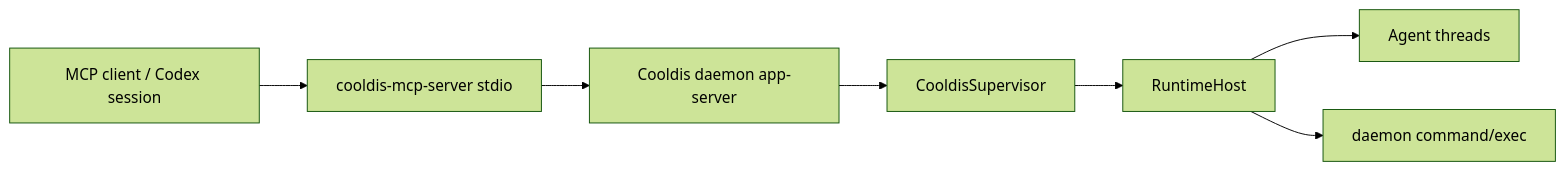
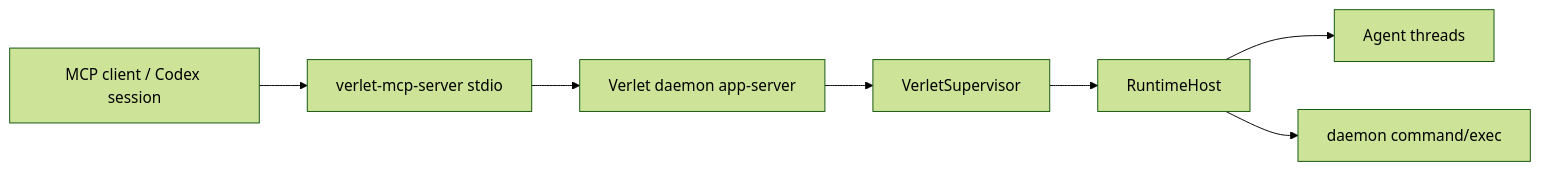
Before and after one commit to emotionscientific/cooldis-kernel: the diagram in docs/mcp-server.md, drawn with Mermaid (forest theme). The commit also changed other lines of this file and 721 other files, not shown here.

Commit message:
EMO-520: rename Cooldis kernel to Verlet

````diff
--- a/docs/mcp-server.md
+++ b/docs/mcp-server.md
@@ -11,9 +11,9 @@
 ```mermaid
 flowchart LR
-    Client["MCP client / Codex session"] --> MCP["cooldis-mcp-server stdio"]
-    MCP --> Daemon["Cooldis daemon app-server"]
-    Daemon --> Supervisor["CooldisSupervisor"]
+    Client["MCP client / Codex session"] --> MCP["verlet-mcp-server stdio"]
+    MCP --> Daemon["Verlet daemon app-server"]
+    Daemon --> Supervisor["VerletSupervisor"]
     Supervisor --> Host["RuntimeHost"]
     Host --> Threads["Agent threads"]
     Host --> Commands["daemon command/exec"]
 ```
````
